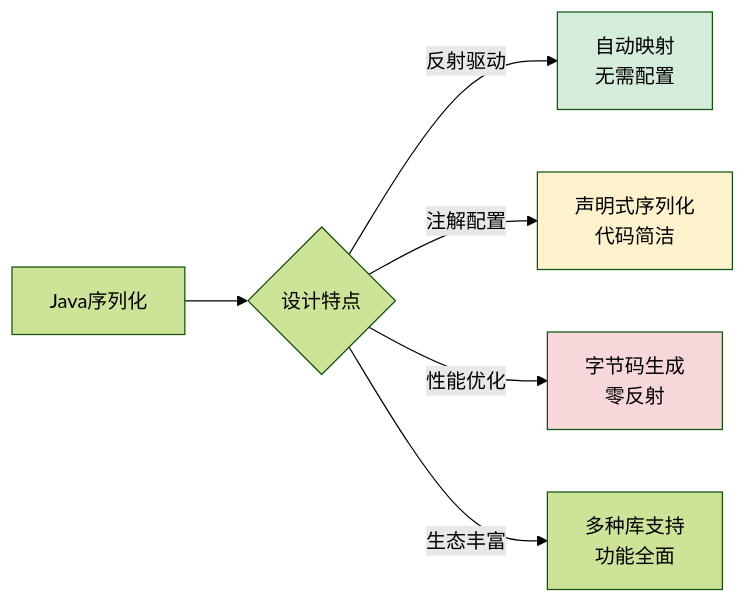
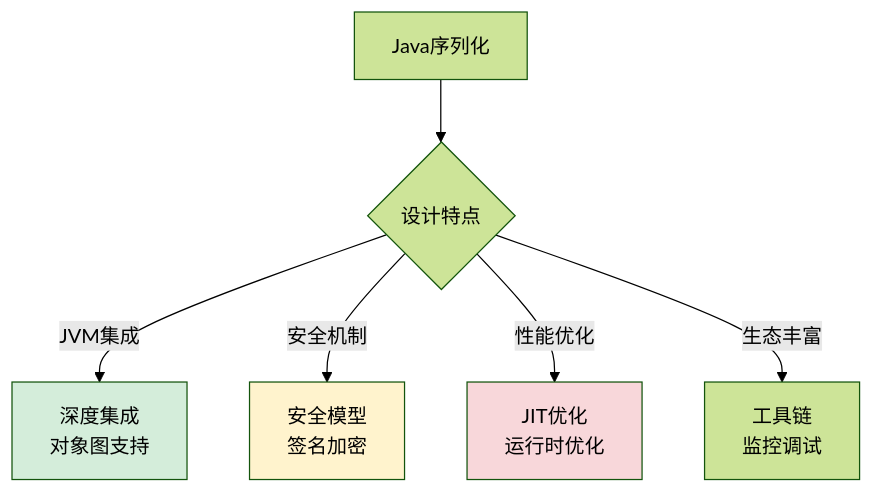
Before and after one commit to chongyang211/YCBookBlog: diagram 22 of 25 in 00.通用技术的提升/02.程序编程原理/05.序列化数据的思想.md, drawn with Mermaid (forest theme). The commit also changed other lines of this file and 17 other files, not shown here.

````diff
--- a/00.通用技术的提升/02.程序编程原理/05.序列化数据的思想.md
+++ b/00.通用技术的提升/02.程序编程原理/05.序列化数据的思想.md
@@ -1113,12 +945,12 @@
 ```mermaid
-graph LR
+graph TB
     A[Java序列化] --> B{设计特点}
-    B -->|反射驱动| C[自动映射<br/>无需配置]
-    B -->|注解配置| D[声明式序列化<br/>代码简洁]
-    B -->|性能优化| E[字节码生成<br/>零反射]
-    B -->|生态丰富| F[多种库支持<br/>功能全面]
+    B -->|JVM集成| C[深度集成<br/>对象图支持]
+    B -->|安全机制| D[安全模型<br/>签名加密]
+    B -->|性能优化| E[JIT优化<br/>运行时优化]
+    B -->|生态丰富| F[工具链<br/>监控调试]
     
     style C fill:#d4edda
     style D fill:#fff3cd
     style E fill:#f8d7da
 ```
````
